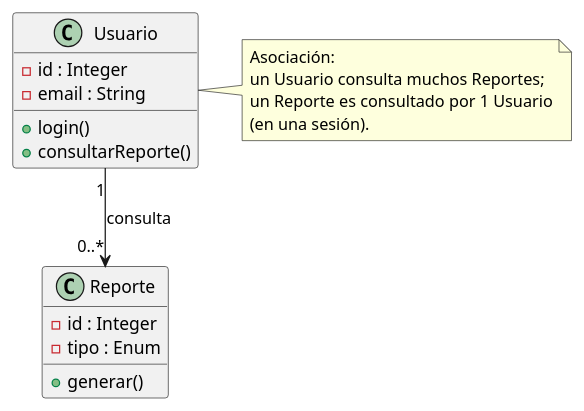
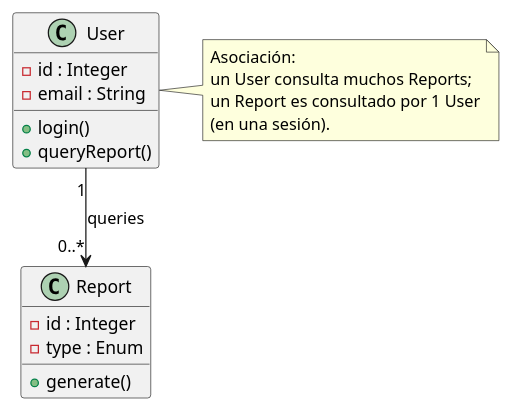
The diagram in source/requisitos/_metodologia-aplicacion/relaciones-uml/usuario-consulta-reporte-uc-rpt.rst (jcg-admin/IACT-docs), drawn with PlantUML before and after one commit. The commit also changed 19 other files, not shown here.

First line of the commit message:
Translate identifiers in B-C relaciones-uml/ (T-011..T-030)

```diff
--- a/source/requisitos/_metodologia-aplicacion/relaciones-uml/usuario-consulta-reporte-uc-rpt.rst
+++ b/source/requisitos/_metodologia-aplicacion/relaciones-uml/usuario-consulta-reporte-uc-rpt.rst
@@ -4,26 +4,26 @@
 .. uml::
 
    @startuml
 
-   class Usuario {
+   class User {
      - id : Integer
      - email : String
      + login()
-     + consultarReporte()
+     + queryReport()
    }
 
-   class Reporte {
+   class Report {
      - id : Integer
-     - tipo : Enum
-     + generar()
+     - type : Enum
+     + generate()
    }
 
-   Usuario "1" --> "0..*" Reporte : consulta
+   User "1" --> "0..*" Report : queries
 
-   note right of Usuario
+   note right of User
      Asociación:
-     un Usuario consulta muchos Reportes;
-     un Reporte es consultado por 1 Usuario
+     un User consulta muchos Reports;
+     un Report es consultado por 1 User
      (en una sesión).
    end note
    @enduml
```
